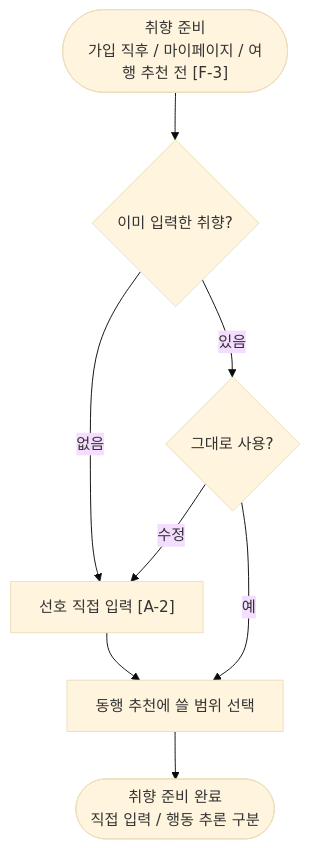
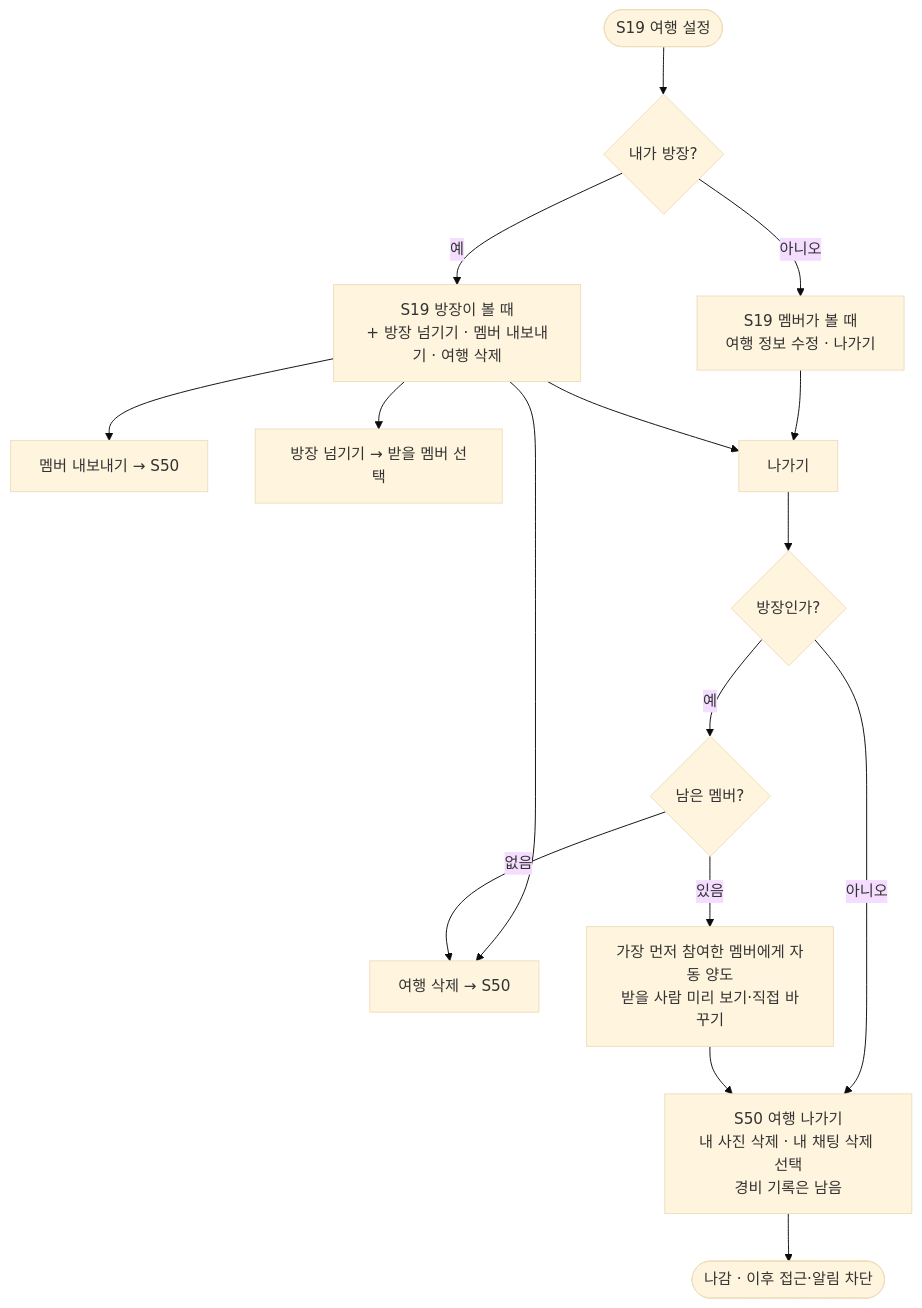
Before and after one commit to a204-eodilog/eodilog: diagram 11 of 24 in docs/flow/user-flow.md, drawn with Mermaid (base theme). The commit also changed other lines of this file, not shown here.

````diff
--- a/docs/flow/user-flow.md
+++ b/docs/flow/user-flow.md
@@ -257,10 +259,17 @@
 ```mermaid
 flowchart TD
-    P(["취향 준비<br/>가입 직후 / 마이페이지 / 여행 추천 전 [F-3]"]) --> HAS{"이미 입력한 취향?"}
-    HAS -- "없음" --> IN["선호 직접 입력 [A-2]"]
-    HAS -- "있음" --> KEEP{"그대로 사용?"}
-    KEEP -- "수정" --> IN
-    KEEP -- "예" --> SHARE
-    IN --> SHARE["동행 추천에 쓸 범위 선택"]
-    SHARE --> DONE(["취향 준비 완료<br/>직접 입력 / 행동 추론 구분"])
+    S19(["S19 여행 설정"]) --> R{"내가 방장?"}
+    R -- "아니오" --> MB["S19 멤버가 볼 때<br/>여행 정보 수정 · 나가기"]
+    R -- "예" --> HS["S19 방장이 볼 때<br/>+ 방장 넘기기 · 멤버 내보내기 · 여행 삭제"]
+    HS --> KICK["멤버 내보내기 → S50"]
+    HS --> HAND["방장 넘기기 → 받을 멤버 선택"]
+    HS --> DEL["여행 삭제 → S50"]
+    MB --> LV["나가기"]
+    HS --> LV
+    LV --> ISH{"방장인가?"}
+    ISH -- "아니오" --> OPT
+    ISH -- "예" --> LEFT{"남은 멤버?"}
+    LEFT -- "있음" --> AUTO["가장 먼저 참여한 멤버에게 자동 양도<br/>받을 사람 미리 보기·직접 바꾸기"] --> OPT
+    LEFT -- "없음" --> DEL
+    OPT["S50 여행 나가기<br/>내 사진 삭제 · 내 채팅 삭제 선택<br/>경비 기록은 남음"] --> DONE(["나감 · 이후 접근·알림 차단"])
 ```
````
